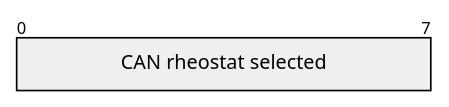
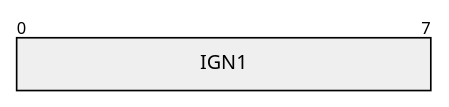
One commit to W-Floyd/go-micomd changed the ninth of 41 diagrams in docs/spec/kia-ev6-gen5w.md. Above: the diagram before and after it, drawn with Mermaid. The commit also changed other lines of this file and 18 other files, not shown here.

````diff
--- a/docs/spec/kia-ev6-gen5w.md
+++ b/docs/spec/kia-ev6-gen5w.md
@@ -455,4 +453,4 @@
 ```mermaid
 packet-beta
-0-7: "CAN rheostat selected"
+0-7: "IGN1"
 ```
````
